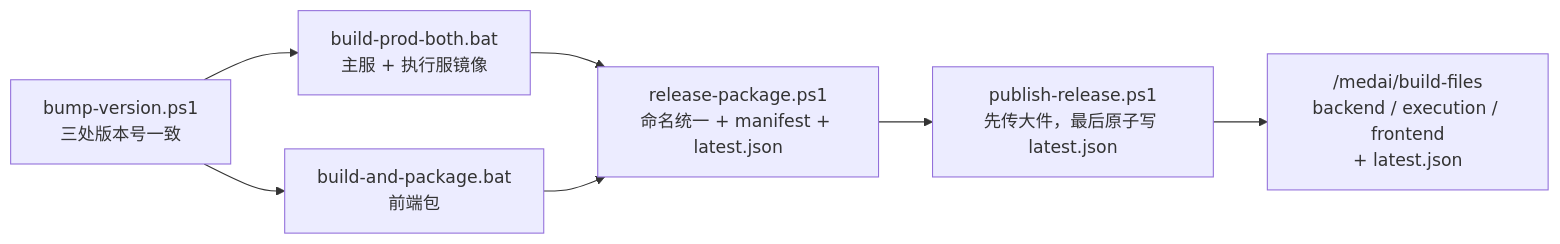
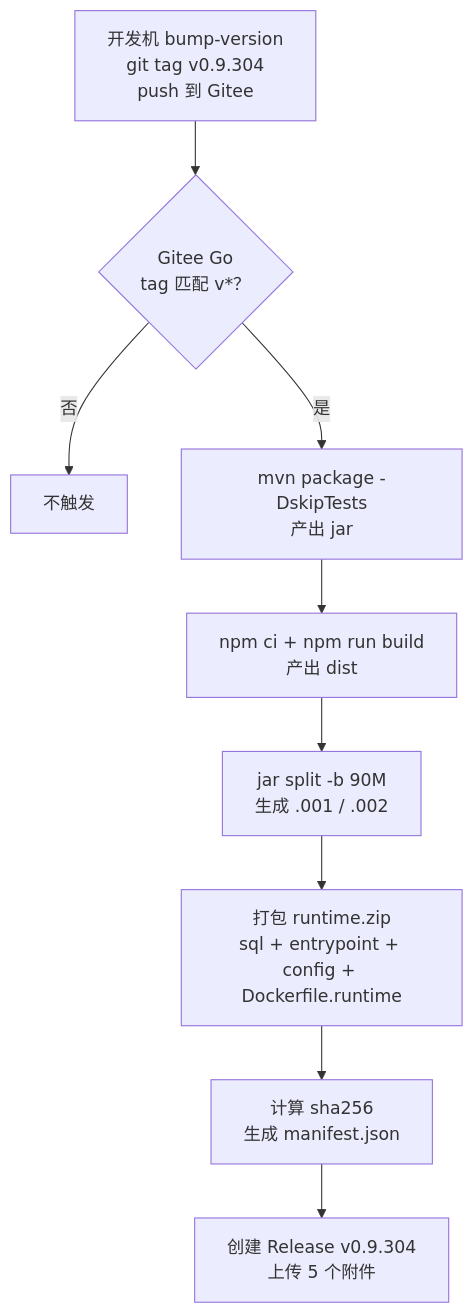
The first of 3 diagrams in doc/部署流程/自动部署链路改造设计-20261104.md (liuzh2008/med_ai_assistant_workspace), drawn with Mermaid before and after one commit. The commit also changed other lines of this file, not shown here.

First line of the commit message:
docs(部署): 自动部署链路设计 v2（Gitee 构建 + jar 分卷 + 生产侧 docker build）

````diff
--- a/doc/部署流程/自动部署链路改造设计-20261104.md
+++ b/doc/部署流程/自动部署链路改造设计-20261104.md
@@ -65,9 +79,11 @@
 ```mermaid
-flowchart LR
-    A["bump-version.ps1<br/>三处版本号一致"] --> B["build-prod-both.bat<br/>主服 + 执行服镜像"]
-    A --> C["build-and-package.bat<br/>前端包"]
-    B --> D["release-package.ps1<br/>命名统一 + manifest + latest.json"]
-    C --> D
-    D --> E["publish-release.ps1<br/>先传大件，最后原子写 latest.json"]
-    E --> F["/medai/build-files<br/>backend / execution / frontend<br/>+ latest.json"]
+flowchart TD
+    A["开发机 bump-version<br/>git tag v0.9.304<br/>push 到 Gitee"] --> B{"Gitee Go<br/>tag 匹配 v*？"}
+    B -->|否| Z["不触发"]
+    B -->|是| C["mvn package -DskipTests<br/>产出 jar"]
+    C --> D["npm ci + npm run build<br/>产出 dist"]
+    D --> E["jar split -b 90M<br/>生成 .001 / .002"]
+    E --> F["打包 runtime.zip<br/>sql + entrypoint + config + Dockerfile.runtime"]
+    F --> G["计算 sha256<br/>生成 manifest.json"]
+    G --> H["创建 Release v0.9.304<br/>上传 5 个附件"]
 ```
````
